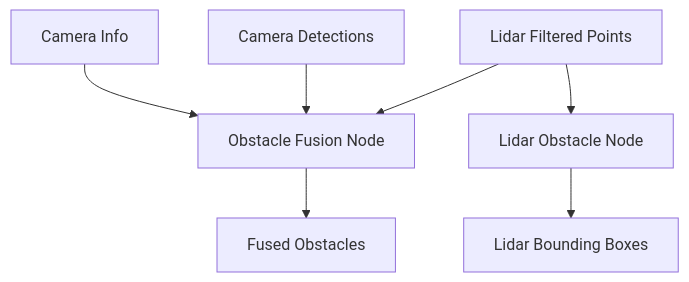
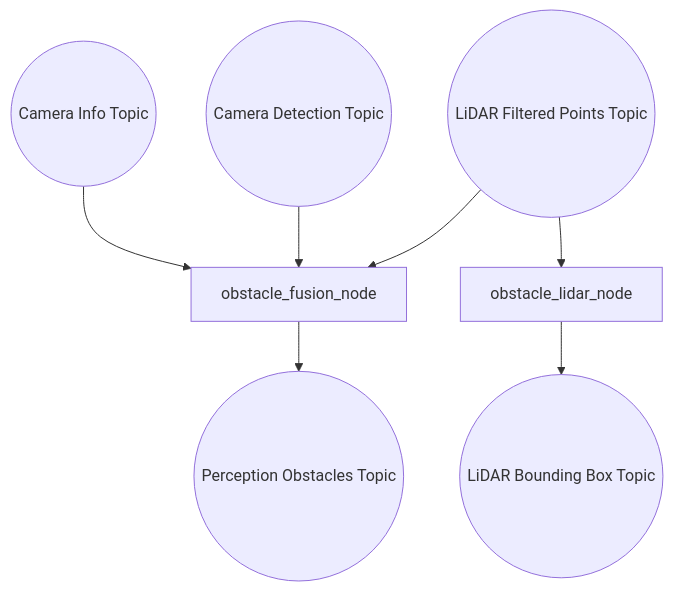
Before and after one commit to hwanhonglee/CAMROD: the first of 2 diagrams in camrod_perception/README.md, drawn with Mermaid. The commit also changed other lines of this file and 13 other files, not shown here.

Commit message:
docs(readme): clarify diagram semantics and avg_msgs interface-only role

````diff
--- a/camrod_perception/README.md
+++ b/camrod_perception/README.md
@@ -7,9 +7,10 @@
 ```mermaid
 graph TD
-  LIDAR[Lidar Filtered Points] --> FUSION[Obstacle Fusion Node]
-  CAMDET[Camera Detections] --> FUSION
-  CAMINFO[Camera Info] --> FUSION
-  FUSION --> OBS[Fused Obstacles]
-  LIDAR --> LCLUSTER[Lidar Obstacle Node]
-  LCLUSTER --> BBOX[Lidar Bounding Boxes]
+  LIDAR((LiDAR Filtered Points Topic)) --> FUSION[obstacle_fusion_node]
+  CAMDET((Camera Detection Topic)) --> FUSION
+  CAMINFO((Camera Info Topic)) --> FUSION
+  FUSION --> OBS((Perception Obstacles Topic))
+
+  LIDAR --> LCLUSTER[obstacle_lidar_node]
+  LCLUSTER --> BBOX((LiDAR Bounding Box Topic))
 ```
````
